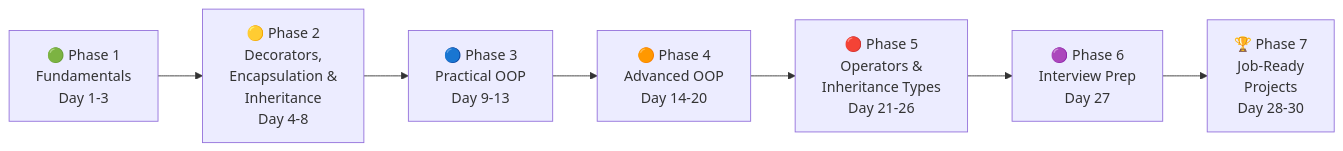
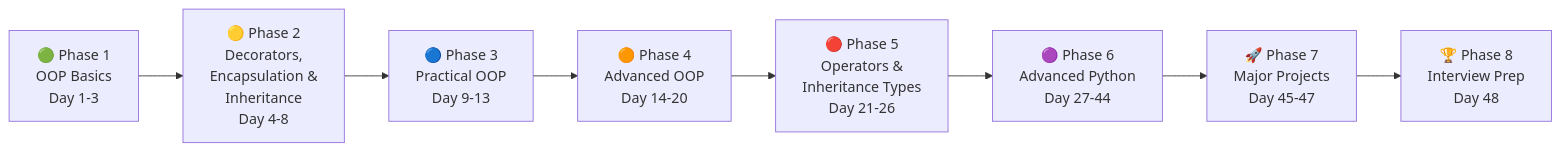
The diagram in README.md (sudhanshudhande19/python-oop-practice), drawn with Mermaid before and after one commit. The commit also changed other lines of this file and 1 other file, not shown here.

Commit message:
Day 01: Classes and Objects practice

````diff
--- a/README.md
+++ b/README.md
@@ -51,9 +53,10 @@
 ```mermaid
 flowchart LR
-    A["🟢 Phase 1<br/>Fundamentals<br/>Day 1-3"] --> B["🟡 Phase 2<br/>Decorators,<br/>Encapsulation &<br/>Inheritance<br/>Day 4-8"]
+    A["🟢 Phase 1<br/>OOP Basics<br/>Day 1-3"] --> B["🟡 Phase 2<br/>Decorators,<br/>Encapsulation &<br/>Inheritance<br/>Day 4-8"]
     B --> C["🔵 Phase 3<br/>Practical OOP<br/>Day 9-13"]
     C --> D["🟠 Phase 4<br/>Advanced OOP<br/>Day 14-20"]
     D --> E["🔴 Phase 5<br/>Operators &<br/>Inheritance Types<br/>Day 21-26"]
-    E --> F["🟣 Phase 6<br/>Interview Prep<br/>Day 27"]
-    F --> G["🏆 Phase 7<br/>Job-Ready<br/>Projects<br/>Day 28-30"]
+    E --> F["🟣 Phase 6<br/>Advanced Python<br/>Day 27-44"]
+    F --> G["🚀 Phase 7<br/>Major Projects<br/>Day 45-47"]
+    G --> H["🏆 Phase 8<br/>Interview Prep<br/>Day 48"]
 ```
````
